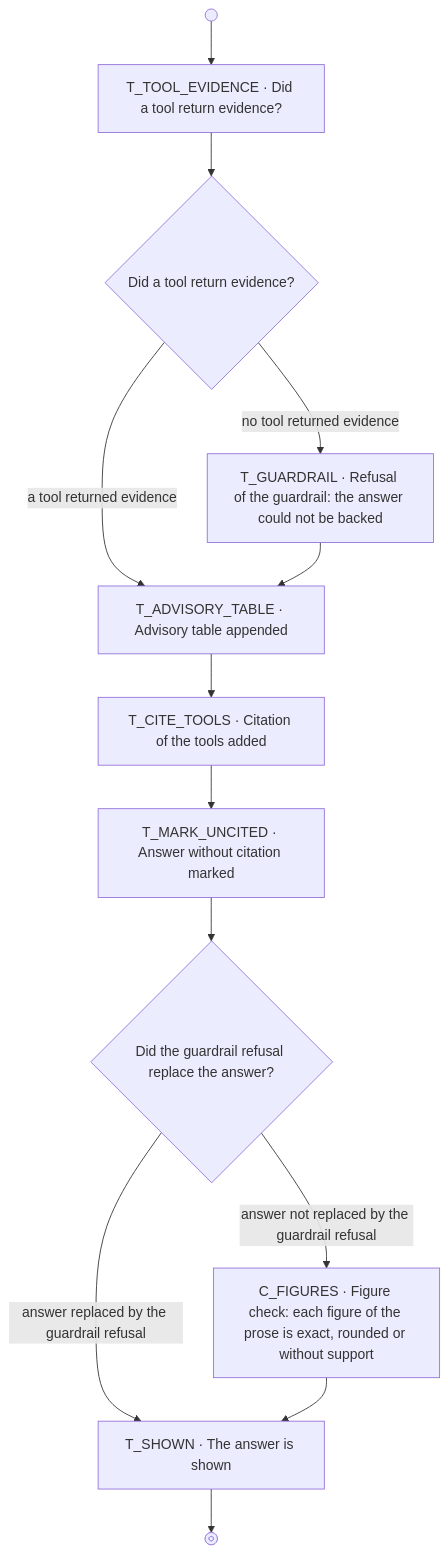
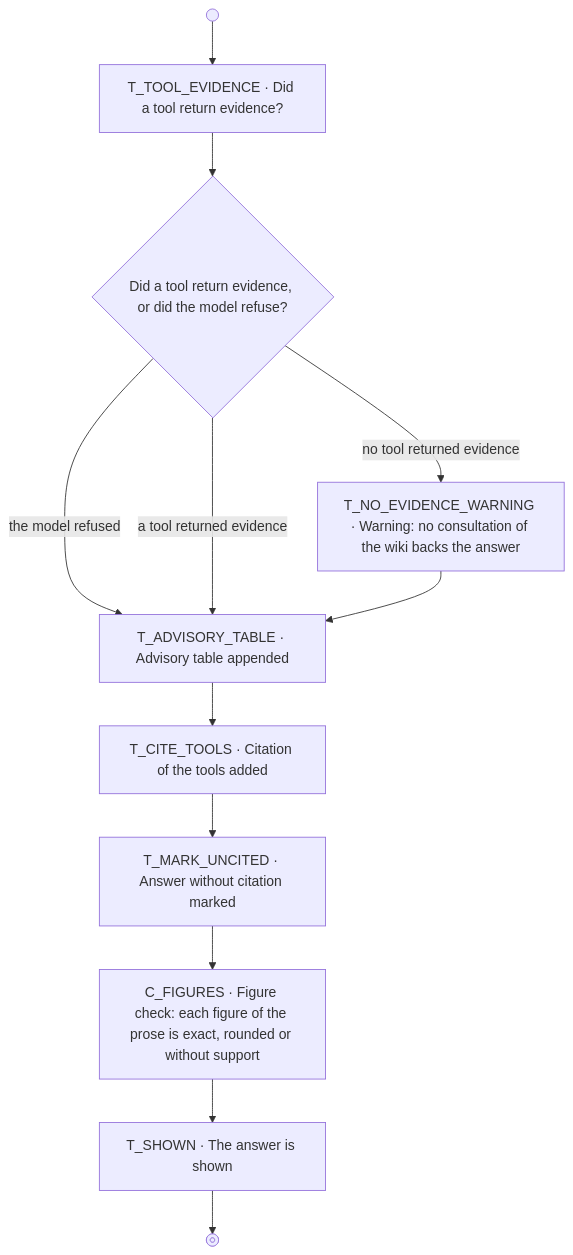
One commit to Clod/llmwiki-marimo changed the fourth of 4 diagrams in docs/workflow_diagrams.md. Above: the diagram before and after it, drawn with Mermaid. The commit also changed 25 other files, not shown here.

First line of the commit message:
feat: in the agent mode the refusal of the guardrail is a last resort

````diff
--- a/docs/workflow_diagrams.md
+++ b/docs/workflow_diagrams.md
@@ -266,27 +266,25 @@
 ```mermaid
 flowchart TD
   wf_start@{ shape: sm-circ }
   wf_end@{ shape: fr-circ }
   T_TOOL_EVIDENCE["T_TOOL_EVIDENCE · Did a tool return evidence?"]
-  after_T_TOOL_EVIDENCE{"Did a tool return evidence?"}
+  after_T_TOOL_EVIDENCE{"Did a tool return evidence, or did the model refuse?"}
   T_ADVISORY_TABLE["T_ADVISORY_TABLE · Advisory table appended"]
-  T_GUARDRAIL["T_GUARDRAIL · Refusal of the guardrail: the answer could not be backed"]
+  T_NO_EVIDENCE_WARNING["T_NO_EVIDENCE_WARNING · Warning: no consultation of the wiki backs the answer"]
   T_CITE_TOOLS["T_CITE_TOOLS · Citation of the tools added"]
   T_MARK_UNCITED["T_MARK_UNCITED · Answer without citation marked"]
-  after_T_MARK_UNCITED{"Did the guardrail refusal replace the answer?"}
   C_FIGURES["C_FIGURES · Figure check: each figure of the prose is exact, rounded or without support"]
   T_SHOWN["T_SHOWN · The answer is shown"]
 
   wf_start --> T_TOOL_EVIDENCE
   T_TOOL_EVIDENCE --> after_T_TOOL_EVIDENCE
+  after_T_TOOL_EVIDENCE -->|"the model refused"| T_ADVISORY_TABLE
   after_T_TOOL_EVIDENCE -->|"a tool returned evidence"| T_ADVISORY_TABLE
-  after_T_TOOL_EVIDENCE -->|"no tool returned evidence"| T_GUARDRAIL
-  T_GUARDRAIL --> T_ADVISORY_TABLE
+  after_T_TOOL_EVIDENCE -->|"no tool returned evidence"| T_NO_EVIDENCE_WARNING
+  T_NO_EVIDENCE_WARNING --> T_ADVISORY_TABLE
   T_ADVISORY_TABLE --> T_CITE_TOOLS
   T_CITE_TOOLS --> T_MARK_UNCITED
-  T_MARK_UNCITED --> after_T_MARK_UNCITED
-  after_T_MARK_UNCITED -->|"answer not replaced by the guardrail refusal"| C_FIGURES
-  after_T_MARK_UNCITED -->|"answer replaced by the guardrail refusal"| T_SHOWN
+  T_MARK_UNCITED --> C_FIGURES
   C_FIGURES --> T_SHOWN
   T_SHOWN --> wf_end
 ```
````
